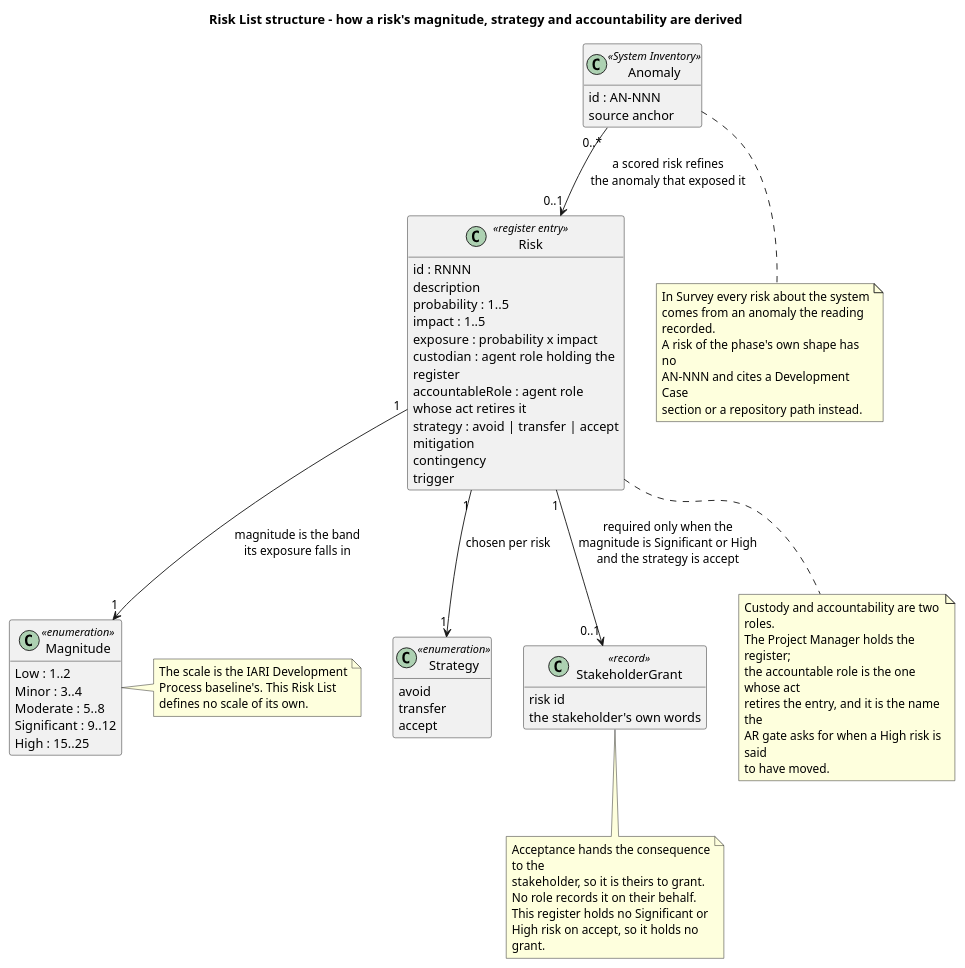
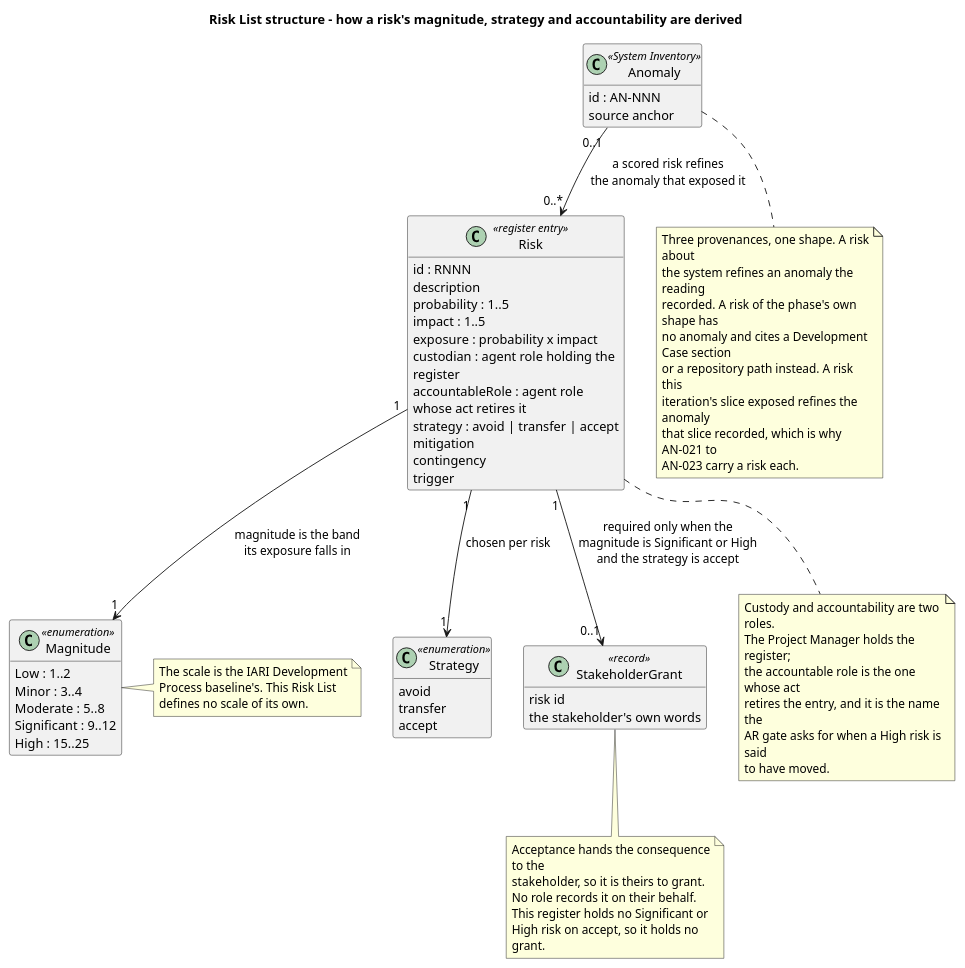
Before and after one commit to banense-test/dapr: the first of 2 diagrams in docs/artifacts/project-management/risk-list.md, drawn with PlantUML. The commit also changed other lines of this file, not shown here.

First line of the commit message:
Project Manager [Survey2]: upsert Risk List

````diff
--- a/docs/artifacts/project-management/risk-list.md
+++ b/docs/artifacts/project-management/risk-list.md
@@ -76,7 +76,7 @@
 RISK "1" --> "1" MAG : magnitude is the band\nits exposure falls in
 RISK "1" --> "1" STRAT : chosen per risk
 RISK "1" --> "0..1" GRANT : required only when the\nmagnitude is Significant or High\nand the strategy is accept
-ANOM "0..*" --> "0..1" RISK : a scored risk refines\nthe anomaly that exposed it
+ANOM "0..1" --> "0..*" RISK : a scored risk refines\nthe anomaly that exposed it
 
 note right of MAG
   The scale is the IARI Development
@@ -102,11 +102,14 @@
 end note
 
 note bottom of ANOM
-  In Survey every risk about the system
-  comes from an anomaly the reading recorded.
-  A risk of the phase's own shape has no
-  AN-NNN and cites a Development Case
-  section or a repository path instead.
+  Three provenances, one shape. A risk about
+  the system refines an anomaly the reading
+  recorded. A risk of the phase's own shape has
+  no anomaly and cites a Development Case section
+  or a repository path instead. A risk this
+  iteration's slice exposed refines the anomaly
+  that slice recorded, which is why AN-021 to
+  AN-023 carry a risk each.
 end note
 @enduml
 ```
````
